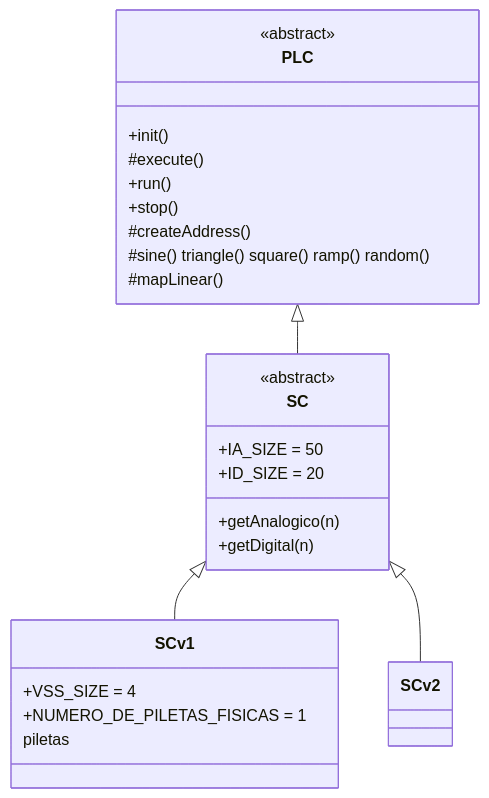
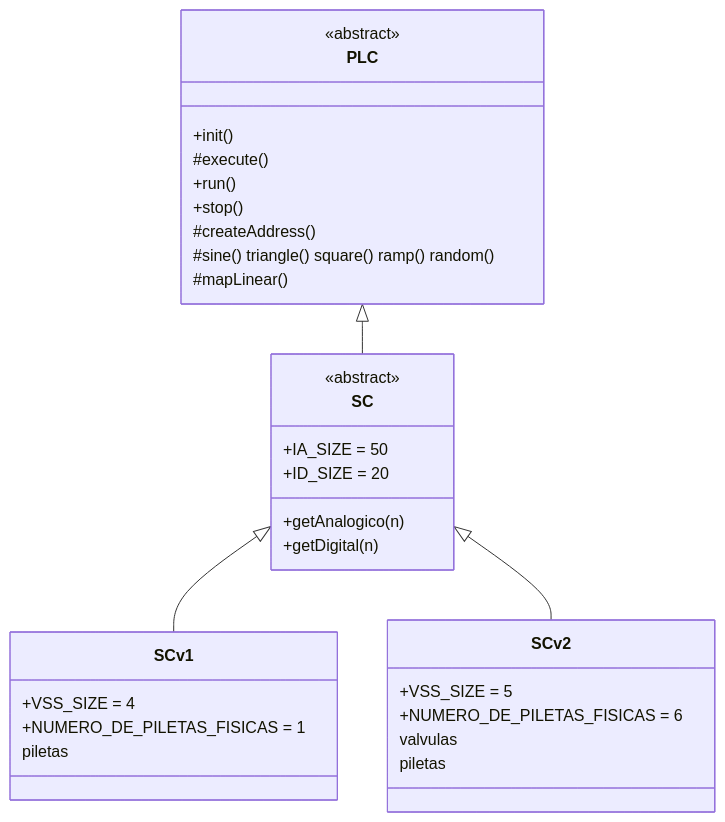
One commit to fissban/Simulador-PLC changed the second of 3 diagrams in README.md. Above: the diagram before and after it, drawn with Mermaid. The commit also changed other lines of this file and 20 other files, not shown here.

````diff
--- a/README.md
+++ b/README.md
@@ -218,29 +242,34 @@
 ```mermaid
 classDiagram
     class PLC {
         <<abstract>>
         +init()
         #execute()
         +run()
         +stop()
         #createAddress()
         #sine() triangle() square() ramp() random()
         #mapLinear()
     }
     class SC {
         <<abstract>>
         +IA_SIZE = 50
         +ID_SIZE = 20
         +getAnalogico(n)
         +getDigital(n)
     }
     class SCv1 {
         +VSS_SIZE = 4
         +NUMERO_DE_PILETAS_FISICAS = 1
         piletas
     }
-    class SCv2
+    class SCv2 {
+        +VSS_SIZE = 5
+        +NUMERO_DE_PILETAS_FISICAS = 6
+        valvulas
+        piletas
+    }
     PLC <|-- SC
     SC <|-- SCv1
     SC <|-- SCv2
 ```
````
